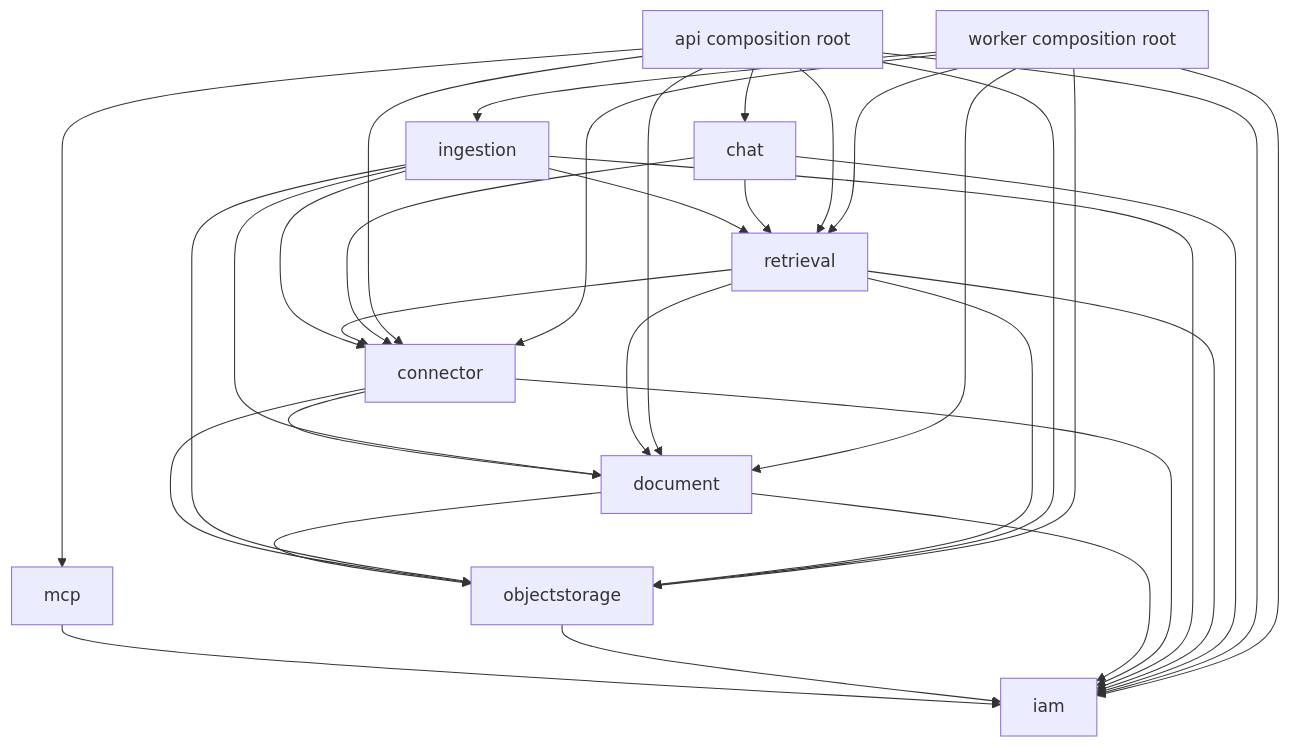
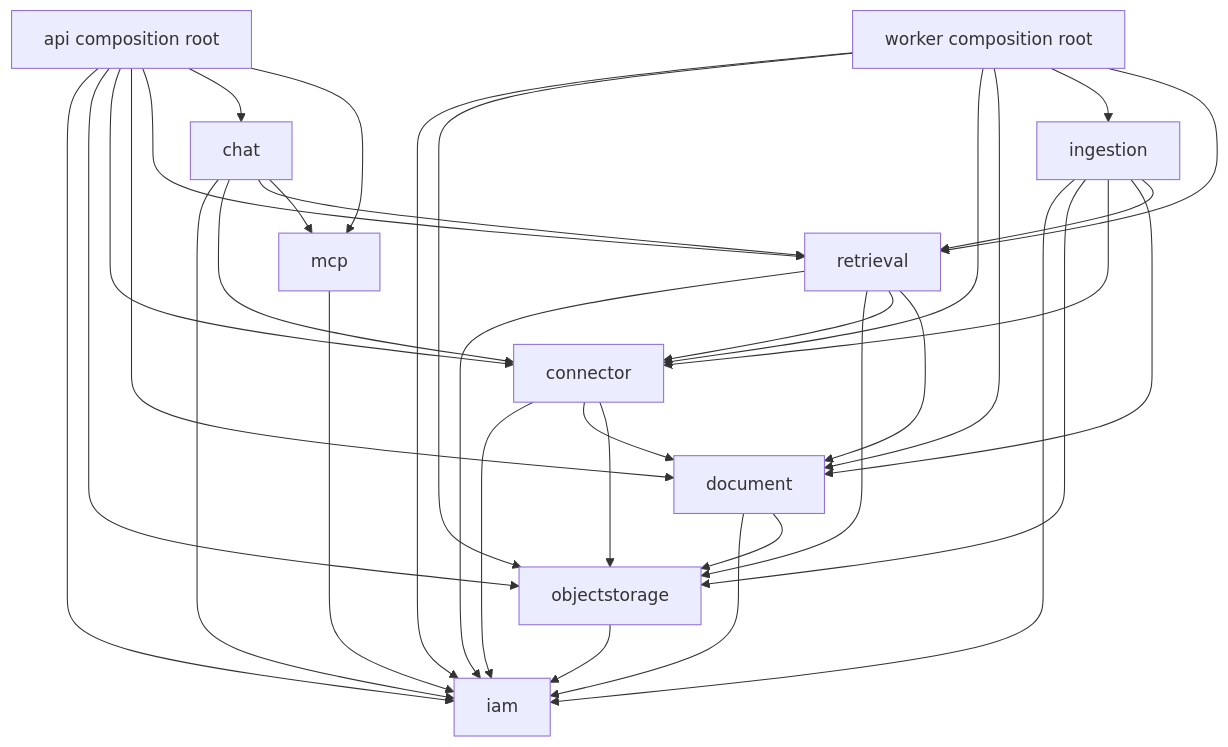
The second of 6 diagrams in ARCHITECTURE.md (kl3inIT/MemoryOS), drawn with Mermaid before and after one commit. The commit also changed 2 other files, not shown here.

Commit message:
docs(chat): specify MCP tools and record their verification (MEM-112)

````diff
--- a/ARCHITECTURE.md
+++ b/ARCHITECTURE.md
@@ -48,45 +48,46 @@
 ```mermaid
 flowchart TB
     IAM[iam]
     OBJ[objectstorage]
     CON[connector]
     DOC[document]
     ING[ingestion]
     RET[retrieval]
     CHAT[chat]
     MCP[mcp]
 
     MCP --> IAM
     OBJ --> IAM
     DOC --> IAM
     DOC --> OBJ
     CON --> IAM
     CON --> DOC
     CON --> OBJ
     ING --> IAM
     ING --> OBJ
     ING --> CON
     ING --> DOC
     ING --> RET
     RET --> IAM
     RET --> OBJ
     RET --> CON
     RET --> DOC
     CHAT --> IAM
     CHAT --> CON
     CHAT --> RET
+    CHAT --> MCP
 
     API[api composition root] --> IAM
     API --> OBJ
     API --> CON
     API --> DOC
     API --> RET
     API --> CHAT
     API --> MCP
     WORKER[worker composition root] --> IAM
     WORKER --> OBJ
     WORKER --> CON
     WORKER --> DOC
     WORKER --> ING
     WORKER --> RET
 ```
````
